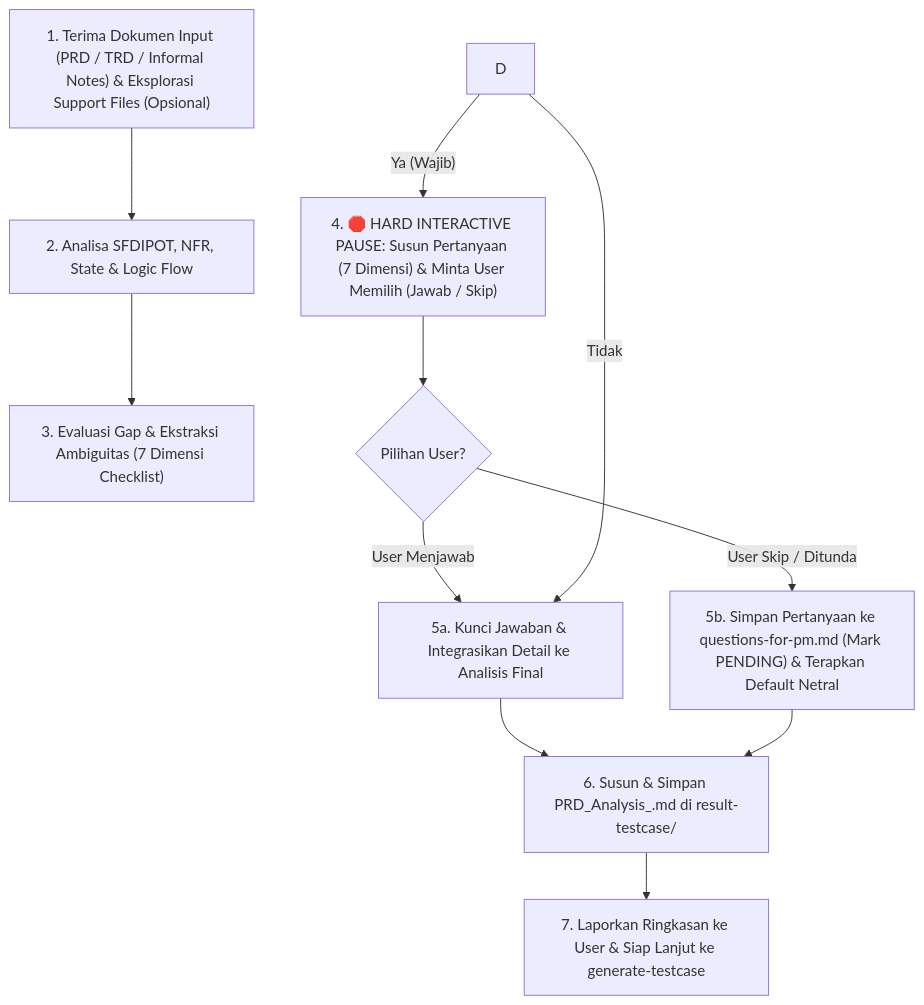
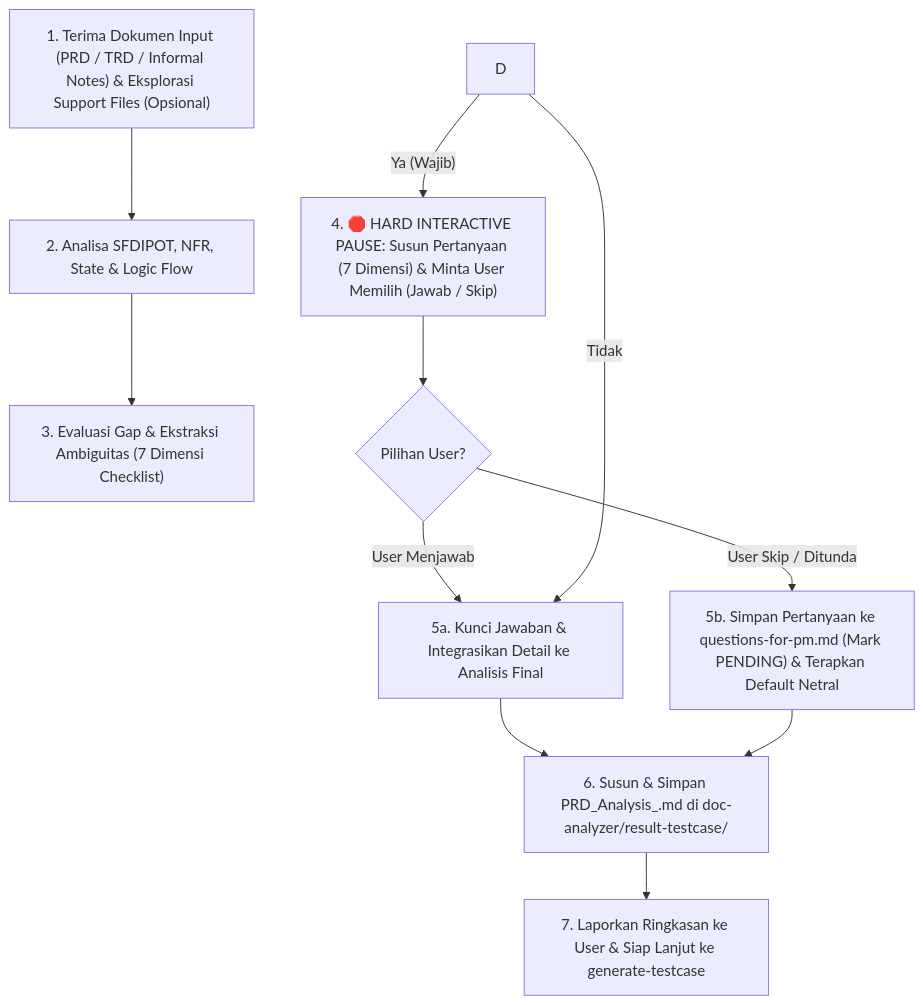
One commit to fadlyady/prdanalyzer changed the diagram in .agents/skills/prd-qa-analyzer/SKILL.md. Above: the diagram before and after it, drawn with Mermaid. The commit also changed other lines of this file and 24 other files, not shown here.

````diff
--- a/.agents/skills/prd-qa-analyzer/SKILL.md
+++ b/.agents/skills/prd-qa-analyzer/SKILL.md
@@ -185,13 +188,13 @@
 ```mermaid
 graph TD
     A["1. Terima Dokumen Input (PRD / TRD / Informal Notes) & Eksplorasi Support Files (Opsional)"] --> B["2. Analisa SFDIPOT, NFR, State & Logic Flow"]
     B --> C["3. Evaluasi Gap & Ekstraksi Ambiguitas (7 Dimensi Checklist)"]
     D -- "Ya (Wajib)" --> E["4. 🛑 HARD INTERACTIVE PAUSE: Susun Pertanyaan (7 Dimensi) & Minta User Memilih (Jawab / Skip)"]
     E --> F{"Pilihan User?"}
     F -- "User Menjawab" --> G["5a. Kunci Jawaban & Integrasikan Detail ke Analisis Final"]
     F -- "User Skip / Ditunda" --> H["5b. Simpan Pertanyaan ke questions-for-pm.md (Mark PENDING) & Terapkan Default Netral"]
     D -- "Tidak" --> G
-    G --> I["6. Susun & Simpan PRD_Analysis_<Feature_Name>.md di result-testcase/"]
+    G --> I["6. Susun & Simpan PRD_Analysis_<Feature_Name>.md di doc-analyzer/result-testcase/"]
     H --> I
     I --> J["7. Laporkan Ringkasan ke User & Siap Lanjut ke generate-testcase"]
 ```
````
